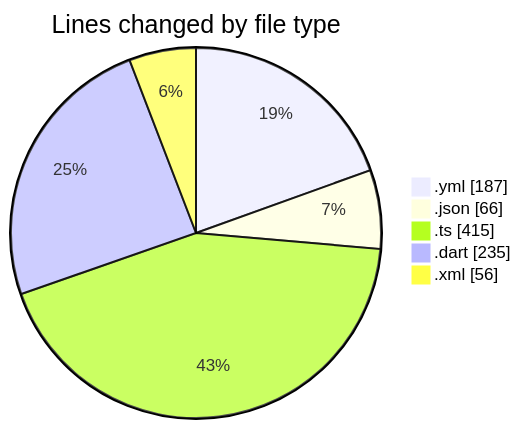
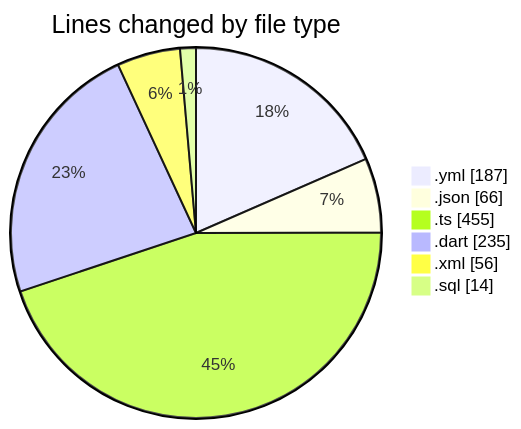
The first of 2 diagrams in 2025-02-10/maps_clone/README.md (donsfak/code-tracking), drawn with Mermaid before and after one commit. The commit also changed other lines of this file and 1 other file, not shown here.

````diff
--- a/2025-02-10/maps_clone/README.md
+++ b/2025-02-10/maps_clone/README.md
@@ -28,9 +29,10 @@
 ```mermaid
 pie showData
 title Lines changed by file type
 ".yml" : 187
 ".json" : 66
-".ts" : 415
+".ts" : 455
 ".dart" : 235
 ".xml" : 56
+".sql" : 14
 ```
````
